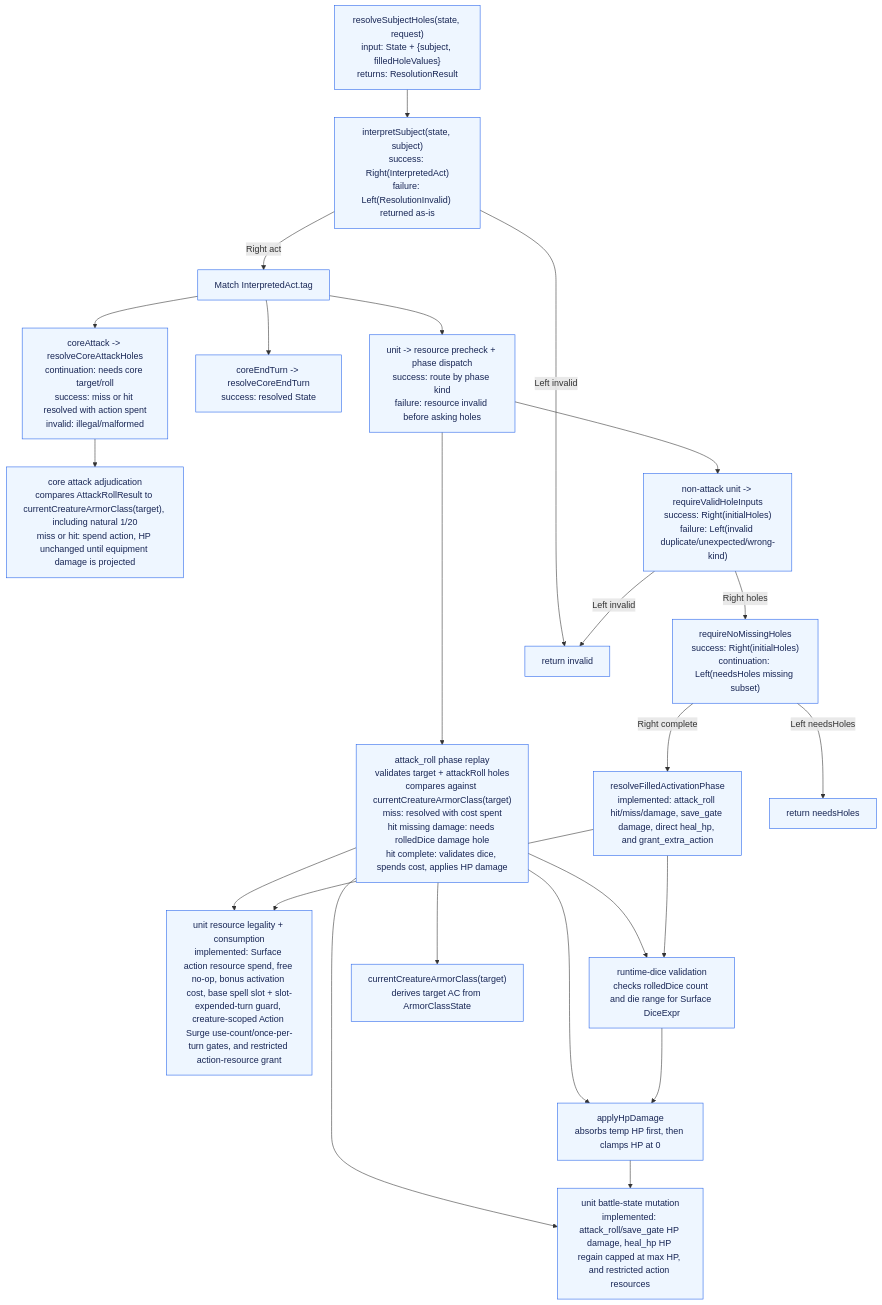
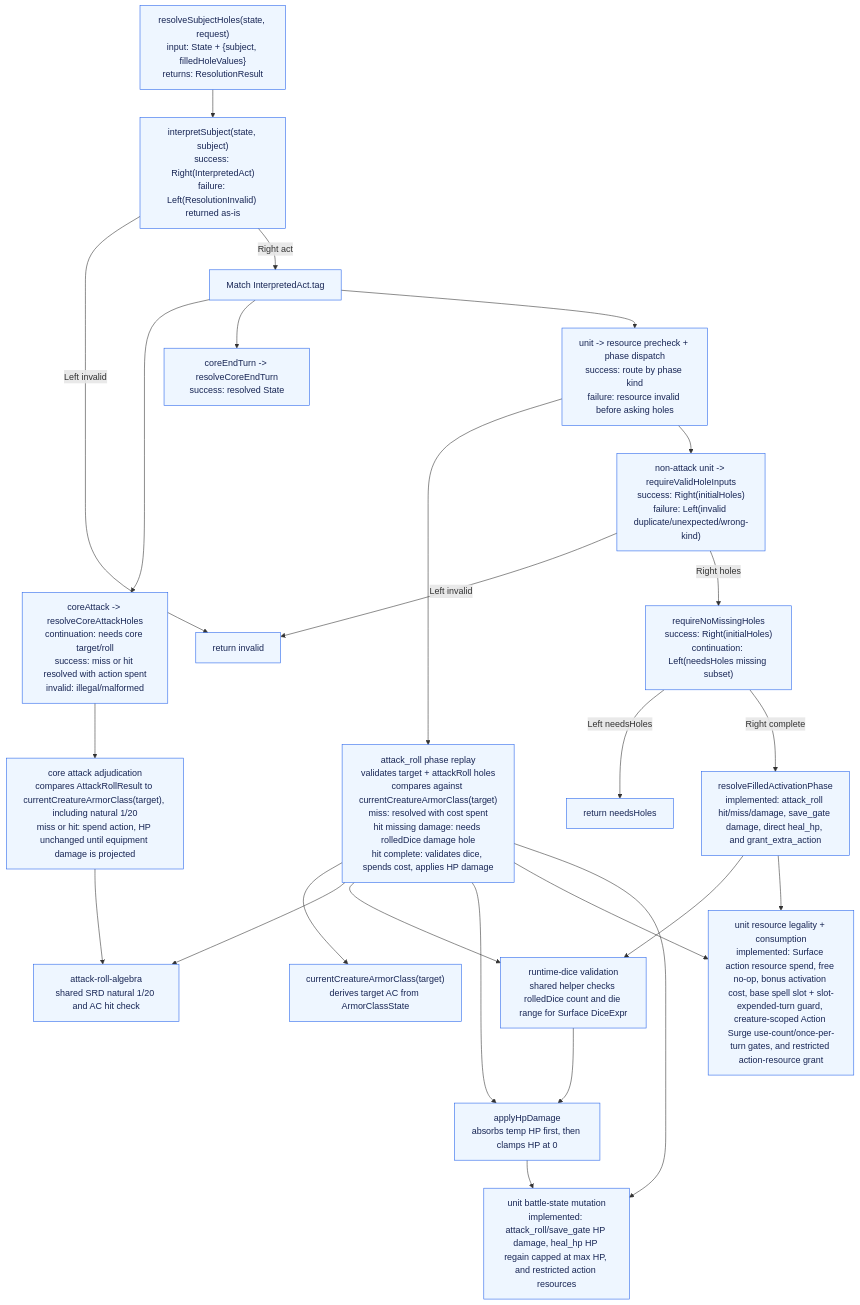
The fourth of 7 diagrams in packages/surface-runtime-correction/ARCHITECTURE_GRAPH.md (dearlordylord/5e-quint), drawn with Mermaid before and after one commit. The commit also changed other lines of this file and 8 other files, not shown here.

````diff
--- a/packages/surface-runtime-correction/ARCHITECTURE_GRAPH.md
+++ b/packages/surface-runtime-correction/ARCHITECTURE_GRAPH.md
@@ -167,44 +170,46 @@
 ```mermaid
 flowchart TD
   Resolve["resolveSubjectHoles(state, request)<br/>input: State + {subject, filledHoleValues}<br/>returns: ResolutionResult"]
   Interpret["interpretSubject(state, subject)<br/>success: Right(InterpretedAct)<br/>failure: Left(ResolutionInvalid) returned as-is"]
   Match["Match InterpretedAct.tag"]
 
   CoreAttackResolve["coreAttack -> resolveCoreAttackHoles<br/>continuation: needs core target/roll<br/>success: miss or hit resolved with action spent<br/>invalid: illegal/malformed"]
   CoreAttackAdjudication["core attack adjudication<br/>compares AttackRollResult to currentCreatureArmorClass(target), including natural 1/20<br/>miss or hit: spend action, HP unchanged until equipment damage is projected"]
   EndTurnResolve["coreEndTurn -> resolveCoreEndTurn<br/>success: resolved State"]
   UnitDispatch["unit -> resource precheck + phase dispatch<br/>success: route by phase kind<br/>failure: resource invalid before asking holes"]
   AttackRollPhase["attack_roll phase replay<br/>validates target + attackRoll holes<br/>compares against currentCreatureArmorClass(target)<br/>miss: resolved with cost spent<br/>hit missing damage: needs rolledDice damage hole<br/>hit complete: validates dice, spends cost, applies HP damage"]
   NonAttackValidInputs["non-attack unit -> requireValidHoleInputs<br/>success: Right(initialHoles)<br/>failure: Left(invalid duplicate/unexpected/wrong-kind)"]
   Missing["requireNoMissingHoles<br/>success: Right(initialHoles)<br/>continuation: Left(needsHoles missing subset)"]
   PhaseExec["resolveFilledActivationPhase<br/>implemented: attack_roll hit/miss/damage, save_gate damage, direct heal_hp, and grant_extra_action"]
   UnitResource["unit resource legality + consumption<br/>implemented: Surface action resource spend, free no-op, bonus activation cost, base spell slot + slot-expended-turn guard, creature-scoped Action Surge use-count/once-per-turn gates, and restricted action-resource grant"]
   UnitMutation["unit battle-state mutation<br/>implemented: attack_roll/save_gate HP damage, heal_hp HP regain capped at max HP, and restricted action resources"]
-  RuntimeDice["runtime-dice validation<br/>checks rolledDice count and die range for Surface DiceExpr"]
+  AttackRollAlgebra["attack-roll-algebra<br/>shared SRD natural 1/20 and AC hit check"]
+  RuntimeDice["runtime-dice validation<br/>shared helper checks rolledDice count and die range for Surface DiceExpr"]
   ArmorClass["currentCreatureArmorClass(target)<br/>derives target AC from ArmorClassState"]
   Damage["applyHpDamage<br/>absorbs temp HP first, then clamps HP at 0"]
 
   Resolve --> Interpret
   Interpret -->|Left invalid| Invalid["return invalid"]
   Interpret -->|Right act| Match
-  Match --> CoreAttackResolve --> CoreAttackAdjudication
+  Match --> CoreAttackResolve --> CoreAttackAdjudication --> AttackRollAlgebra
   Match --> EndTurnResolve
   Match --> UnitDispatch
   UnitDispatch --> AttackRollPhase
   AttackRollPhase --> ArmorClass
+  AttackRollPhase --> AttackRollAlgebra
   AttackRollPhase --> RuntimeDice
   AttackRollPhase --> Damage
   AttackRollPhase --> UnitResource
   AttackRollPhase --> UnitMutation
   UnitDispatch --> NonAttackValidInputs
   NonAttackValidInputs -->|Left invalid| Invalid
   NonAttackValidInputs -->|Right holes| Missing
   Missing -->|Left needsHoles| Needs["return needsHoles"]
   Missing -->|Right complete| PhaseExec
   PhaseExec --> RuntimeDice --> Damage --> UnitMutation
   PhaseExec --> UnitResource
 
   classDef missing fill:#fff1f0,stroke:#c2410c,stroke-width:2px,stroke-dasharray: 6 4,color:#7c2d12;
   classDef implemented fill:#eef6ff,stroke:#2563eb,color:#172554;
-  class Resolve,Interpret,Match,CoreAttackResolve,CoreAttackAdjudication,EndTurnResolve,UnitDispatch,AttackRollPhase,NonAttackValidInputs,Missing,PhaseExec,RuntimeDice,ArmorClass,Damage,UnitResource,UnitMutation,Invalid,Needs implemented;
+  class Resolve,Interpret,Match,CoreAttackResolve,CoreAttackAdjudication,EndTurnResolve,UnitDispatch,AttackRollPhase,NonAttackValidInputs,Missing,PhaseExec,AttackRollAlgebra,RuntimeDice,ArmorClass,Damage,UnitResource,UnitMutation,Invalid,Needs implemented;
 ```
````
